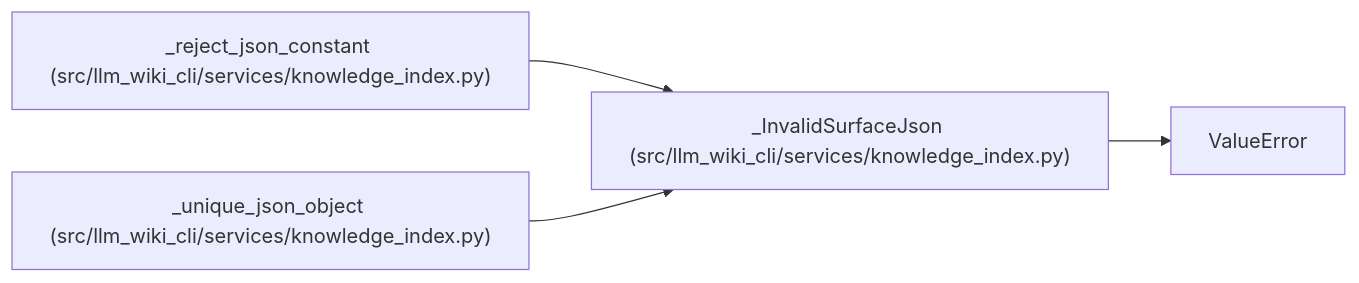
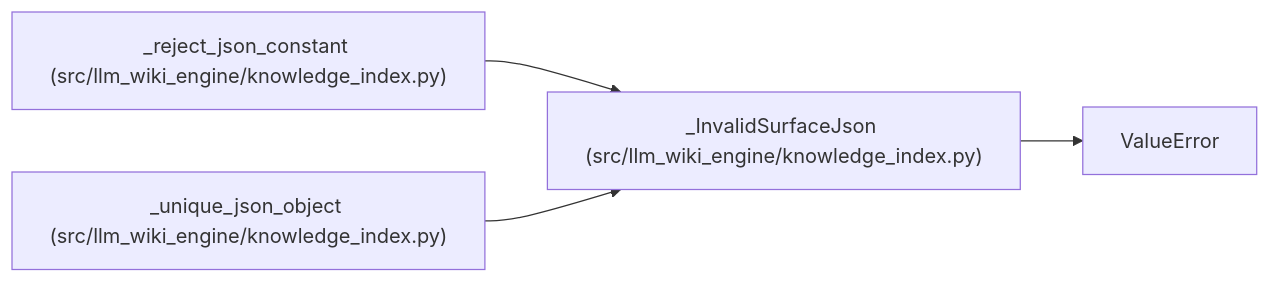
One commit to Denissvgn/python-wiki-llm changed the diagram in docs/llm_wiki/entities/InvalidSurfaceJson.md. Above: the diagram before and after it, drawn with Mermaid. The commit also changed other lines of this file and 1058 other files, not shown here.

First line of the commit message:
docs: refresh the wiki for the knowledge store move

````diff
--- a/docs/llm_wiki/entities/InvalidSurfaceJson.md
+++ b/docs/llm_wiki/entities/InvalidSurfaceJson.md
@@ -23,13 +23,13 @@
 ```mermaid
 flowchart LR
-    n0["_InvalidSurfaceJson (src/llm_wiki_cli/services/knowledge_index.py)"]
+    n0["_InvalidSurfaceJson (src/llm_wiki_engine/knowledge_index.py)"]
     n1["ValueError"]
-    n2["_reject_json_constant (src/llm_wiki_cli/services/knowledge_index.py)"]
-    n3["_unique_json_object (src/llm_wiki_cli/services/knowledge_index.py)"]
+    n2["_reject_json_constant (src/llm_wiki_engine/knowledge_index.py)"]
+    n3["_unique_json_object (src/llm_wiki_engine/knowledge_index.py)"]
     n0 --> n1
     n2 --> n0
     n3 --> n0
     click n0 "../modules/knowledge_index.md"
     click n2 "../modules/knowledge_index.md"
     click n3 "../modules/knowledge_index.md"
 ```
````
